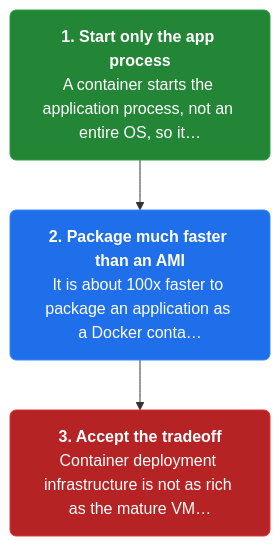
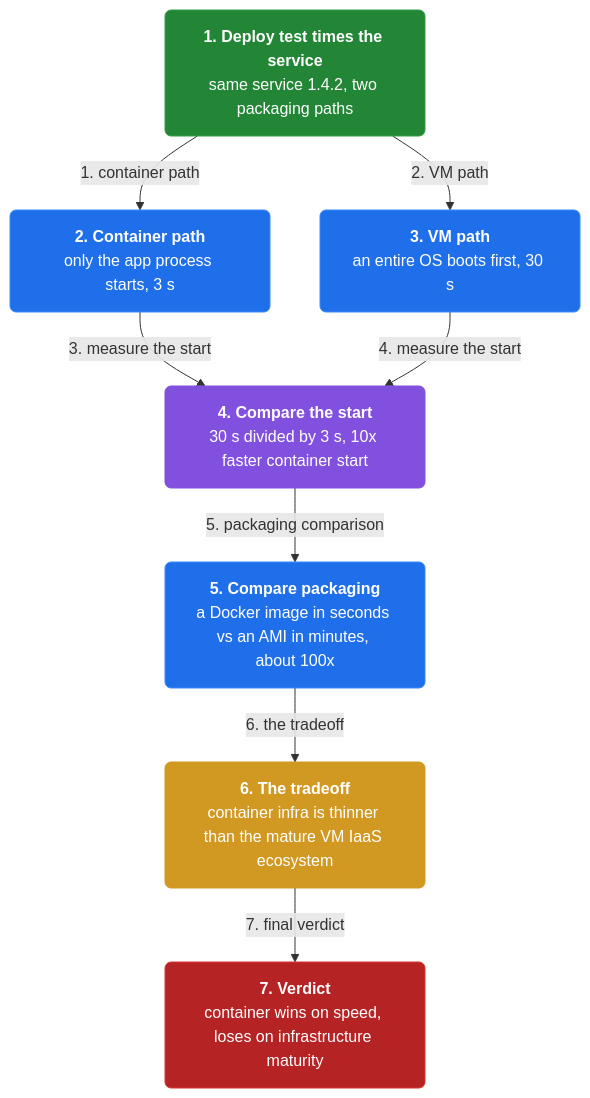
One commit to vinayakuber/microservices-io-study-guide changed the fourth of 4 diagrams in docs/ch37-service-per-container.md. Above: the diagram before and after it, drawn with Mermaid. The commit also changed other lines of this file and 46 other files, not shown here.

First line of the commit message:
Author rich branching flow diagrams for all 44 chapters

````diff
--- a/docs/ch37-service-per-container.md
+++ b/docs/ch37-service-per-container.md
@@ -128,11 +154,22 @@
 ```mermaid
 flowchart TD
-  classDef step fill:#1f6feb,color:#ffffff,stroke:#388bfd,stroke-width:1px,rx:6
+  classDef step fill:#1f6feb,color:#ffffff,stroke:#388bfd,rx:6
+  classDef core fill:#8250df,color:#ffffff,stroke:#8250df,rx:6
+  classDef warn fill:#d29922,color:#ffffff,stroke:#d29922,rx:6
   classDef start fill:#238636,color:#ffffff,stroke:#2ea043,rx:6
   classDef stop fill:#b62324,color:#ffffff,stroke:#da3633,rx:6
-  s3n0["<b>1. Start only the app process</b><br/>A container starts the application process, not an entire OS, so it…"]:::start
-  s3n1["<b>2. Package much faster than an AMI</b><br/>It is about 100x faster to package an application as a Docker conta…"]:::step
-  s3n2["<b>3. Accept the tradeoff</b><br/>Container deployment infrastructure is not as rich as the mature VM…"]:::stop
-  s3n0 --> s3n1
-  s3n1 --> s3n2
+n0["<b>1. Deploy test times the service</b><br/>same service 1.4.2, two packaging paths"]:::start
+  n1["<b>2. Container path</b><br/>only the app process starts, 3 s"]:::step
+  n2["<b>3. VM path</b><br/>an entire OS boots first, 30 s"]:::step
+  n3["<b>4. Compare the start</b><br/>30 s divided by 3 s, 10x faster container start"]:::core
+  n4["<b>5. Compare packaging</b><br/>a Docker image in seconds vs an AMI in minutes, about 100x"]:::step
+  n5["<b>6. The tradeoff</b><br/>container infra is thinner than the mature VM IaaS ecosystem"]:::warn
+  n6["<b>7. Verdict</b><br/>container wins on speed, loses on infrastructure maturity"]:::stop
+  n0 -->|"1. container path"| n1
+  n0 -->|"2. VM path"| n2
+  n1 -->|"3. measure the start"| n3
+  n2 -->|"4. measure the start"| n3
+  n3 -->|"5. packaging comparison"| n4
+  n4 -->|"6. the tradeoff"| n5
+  n5 -->|"7. final verdict"| n6
 ```
````
